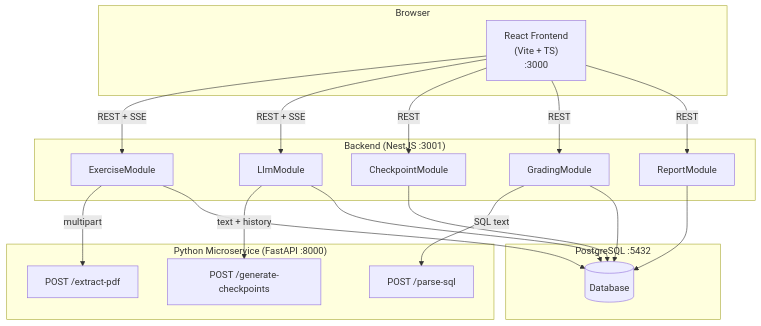
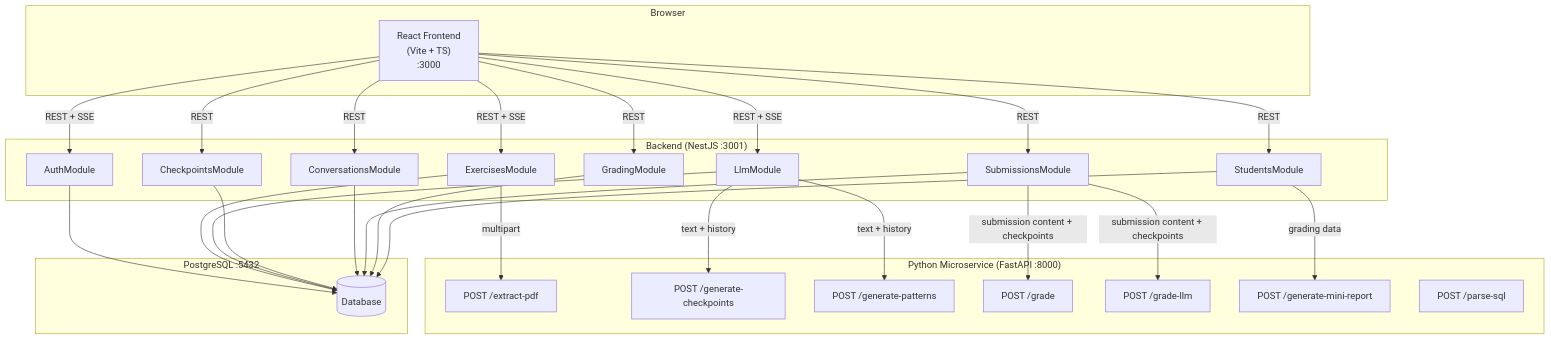
Before and after one commit to souleles/LLMexam: the first of 4 diagrams in docs/architecture.md, drawn with Mermaid. The commit also changed other lines of this file and 5 other files, not shown here.

````diff
--- a/docs/architecture.md
+++ b/docs/architecture.md
@@ -8,40 +8,56 @@
 ```mermaid
 graph TB
     subgraph Browser
         FE["React Frontend<br/>(Vite + TS)<br/>:3000"]
     end
 
     subgraph "Backend (NestJS :3001)"
-        EM[ExerciseModule]
+        AU[AuthModule]
+        EM[ExercisesModule]
         LM[LlmModule]
-        CM[CheckpointModule]
+        CM[CheckpointsModule]
+        CV[ConversationsModule]
+        SM[SubmissionsModule]
         GM[GradingModule]
-        RM[ReportModule]
+        STM[StudentsModule]
     end
 
     subgraph "Python Microservice (FastAPI :8000)"
         EP[POST /extract-pdf]
         GC[POST /generate-checkpoints]
+        GP[POST /generate-patterns]
+        GR[POST /grade]
+        GL[POST /grade-llm]
+        MR[POST /generate-mini-report]
         PS[POST /parse-sql]
     end
 
     subgraph "PostgreSQL :5432"
         DB[(Database)]
     end
 
+    FE -->|REST + SSE| AU
     FE -->|REST + SSE| EM
     FE -->|REST + SSE| LM
     FE -->|REST| CM
+    FE -->|REST| CV
+    FE -->|REST| SM
     FE -->|REST| GM
-    FE -->|REST| RM
+    FE -->|REST| STM
 
     EM -->|multipart| EP
     LM -->|text + history| GC
-    GM -->|SQL text| PS
+    LM -->|text + history| GP
+    SM -->|submission content + checkpoints| GR
+    SM -->|submission content + checkpoints| GL
+    STM -->|grading data| MR
 
+    AU --> DB
     EM --> DB
     LM --> DB
     CM --> DB
+    CV --> DB
+    SM --> DB
     GM --> DB
-    RM --> DB
+    STM --> DB
 ```
````
